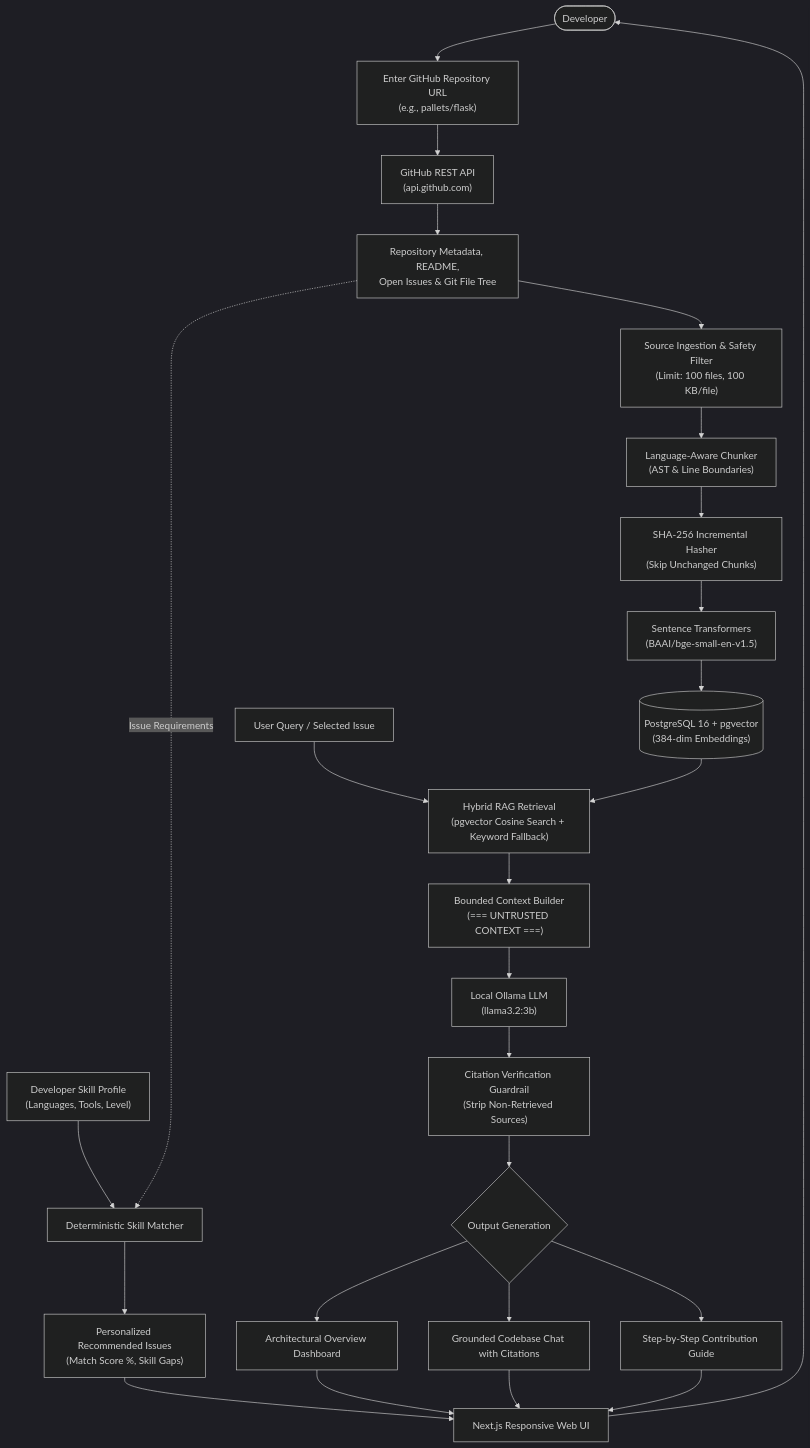
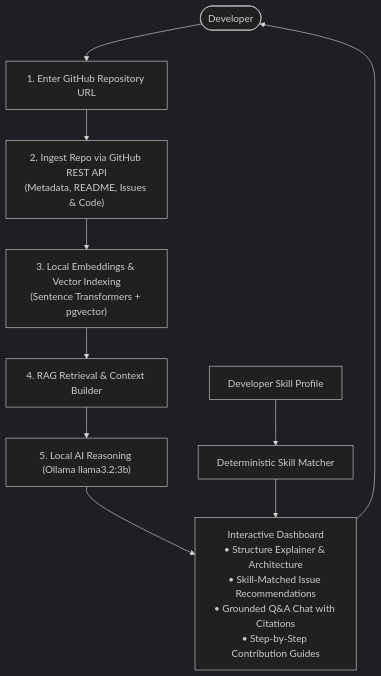
The first of 4 diagrams in README.md (nikitaa-sharma/OpenCopilot), drawn with Mermaid (dark theme) before and after one commit. The commit also changed other lines of this file, not shown here.

````diff
--- a/README.md
+++ b/README.md
@@ -67,37 +67,15 @@
 ```mermaid
 flowchart TD
-    User(["Developer"]) --> EnterRepo["Enter GitHub Repository URL\n(e.g., pallets/flask)"]
-    EnterRepo --> GitHubAPI["GitHub REST API\n(api.github.com)"]
+    User(["Developer"]) --> Input["1. Enter GitHub Repository URL"]
+    Input --> GitHubAPI["2. Ingest Repo via GitHub REST API\n(Metadata, README, Issues & Code)"]
+    GitHubAPI --> Embeddings["3. Local Embeddings & Vector Indexing\n(Sentence Transformers + pgvector)"]
     
-    GitHubAPI --> RepoData["Repository Metadata, README,\nOpen Issues & Git File Tree"]
-    RepoData --> IngestFilter["Source Ingestion & Safety Filter\n(Limit: 100 files, 100 KB/file)"]
+    Embeddings --> RAG["4. RAG Retrieval & Context Builder"]
+    Profile["Developer Skill Profile"] --> Matcher["Deterministic Skill Matcher"]
     
-    IngestFilter --> Chunker["Language-Aware Chunker\n(AST & Line Boundaries)"]
-    Chunker --> Hasher["SHA-256 Incremental Hasher\n(Skip Unchanged Chunks)"]
-    Hasher --> Embedder["Sentence Transformers\n(BAAI/bge-small-en-v1.5)"]
+    RAG --> AI["5. Local AI Reasoning (Ollama llama3.2:3b)"]
     
-    Embedder --> PGVector[("PostgreSQL 16 + pgvector\n(384-dim Embeddings)")]
-    
-    DevProfile["Developer Skill Profile\n(Languages, Tools, Level)"] --> SkillMatcher["Deterministic Skill Matcher"]
-    RepoData -.->|"Issue Requirements"| SkillMatcher
-    SkillMatcher --> RecIssues["Personalized Recommended Issues\n(Match Score %, Skill Gaps)"]
-    
-    UserQuery["User Query / Selected Issue"] --> RAGRetrieval["Hybrid RAG Retrieval\n(pgvector Cosine Search + Keyword Fallback)"]
-    PGVector --> RAGRetrieval
-    
-    RAGRetrieval --> ContextBuilder["Bounded Context Builder\n(=== UNTRUSTED CONTEXT ===)"]
-    ContextBuilder --> OllamaLLM["Local Ollama LLM\n(llama3.2:3b)"]
-    
-    OllamaLLM --> Guardrail["Citation Verification Guardrail\n(Strip Non-Retrieved Sources)"]
-    
-    Guardrail --> FeaturesOut{"Output Generation"}
-    FeaturesOut --> ArchAnalysis["Architectural Overview Dashboard"]
-    FeaturesOut --> GroundedChat["Grounded Codebase Chat with Citations"]
-    FeaturesOut --> ContribGuide["Step-by-Step Contribution Guide"]
-    
-    RecIssues --> FrontendView["Next.js Responsive Web UI"]
-    ArchAnalysis --> FrontendView
-    GroundedChat --> FrontendView
-    ContribGuide --> FrontendView
-    FrontendView --> User
+    AI --> Dashboard["Interactive Dashboard\n• Structure Explainer & Architecture\n• Skill-Matched Issue Recommendations\n• Grounded Q&A Chat with Citations\n• Step-by-Step Contribution Guides"]
+    Matcher --> Dashboard
+    Dashboard --> User
 ```
````
